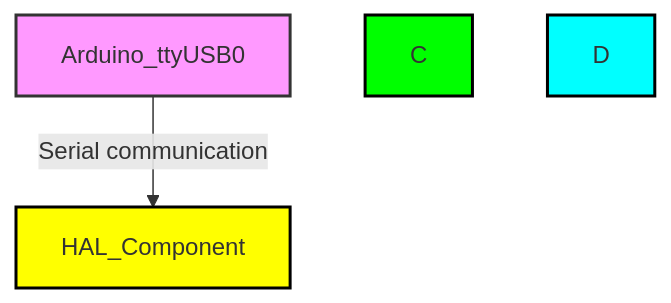
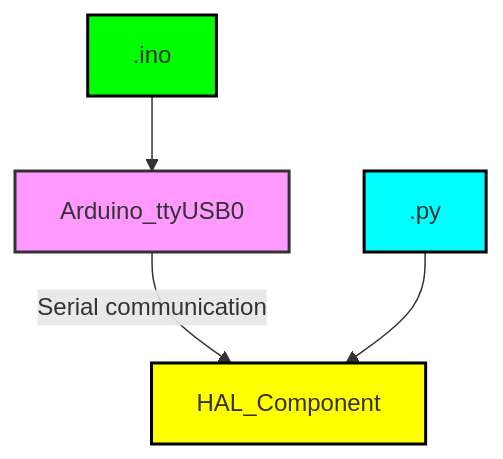
One commit to Tpj-root/MPG_pendant changed the diagram in README.md. Above: the diagram before and after it, drawn with Mermaid.

````diff
--- a/README.md
+++ b/README.md
@@ -313,11 +313,12 @@
 ```mermaid
 graph TD;
     style A fill:#f9f,stroke:#333,stroke-width:2px;
     style B fill:#ff0,stroke:#000,stroke-width:2px;
     style C fill:#0f0,stroke:#000,stroke-width:2px;
     style D fill:#0ff,stroke:#000,stroke-width:2px;
     
     A[Arduino_ttyUSB0] --> |Serial communication| B[HAL_Component]
-
+    C[.ino]  --> A
+    D[.py]  --> B
 
 ```
````
